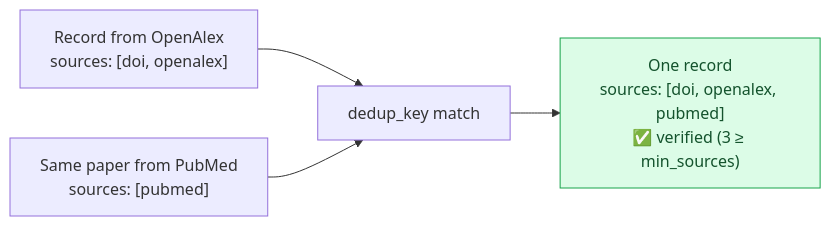
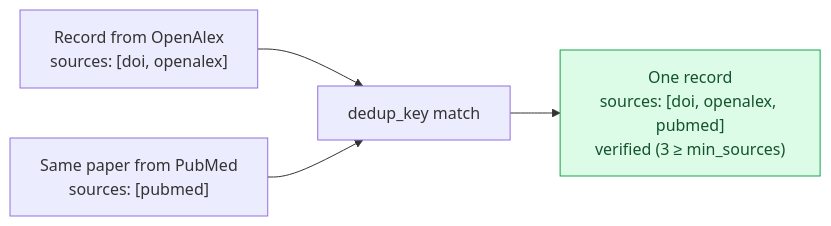
One commit to AidanColvin/dossier changed the sixth of 11 diagrams in README.md. Above: the diagram before and after it, drawn with Mermaid. The commit also changed other lines of this file and 29 other files, not shown here.

````diff
--- a/README.md
+++ b/README.md
@@ -195,8 +223,8 @@
 ```mermaid
 flowchart LR
     A["Record from OpenAlex<br/>sources: [doi, openalex]"] --> M["dedup_key match"]
     B["Same paper from PubMed<br/>sources: [pubmed]"] --> M
-    M --> C["One record<br/>sources: [doi, openalex, pubmed]<br/>✅ verified (3 ≥ min_sources)"]
+    M --> C["One record<br/>sources: [doi, openalex, pubmed]<br/>verified (3 ≥ min_sources)"]
     classDef ok fill:#dcfce7,stroke:#16a34a,color:#14532d;
     class C ok;
 ```
````
